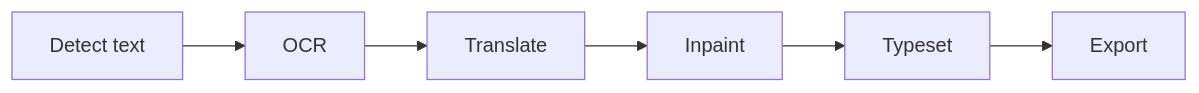
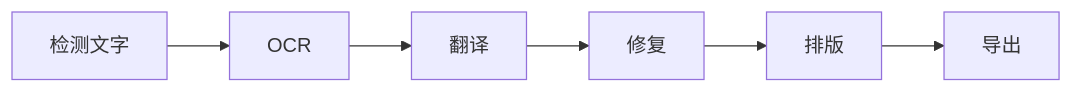
The diagram in README.md (ididi404/lumina_mac), drawn with Mermaid before and after one commit. The commit also changed other lines of this file, not shown here.

````diff
--- a/README.md
+++ b/README.md
@@ -99,8 +115,8 @@
 ```mermaid
 flowchart LR
-    A[Detect text] --> B[OCR]
-    B --> C[Translate]
-    C --> D[Inpaint]
-    D --> E[Typeset]
-    E --> F[Export]
+    A[检测文字] --> B[OCR]
+    B --> C[翻译]
+    C --> D[修复]
+    D --> E[排版]
+    E --> F[导出]
 ```
````
